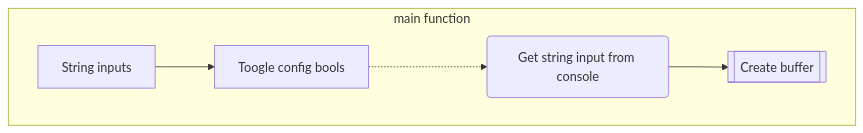
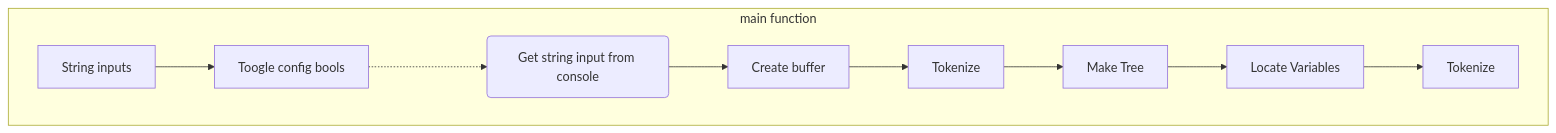
One commit to Jzhyang1/Monomer changed the sixth of 6 diagrams in Implementation.md. Above: the diagram before and after it, drawn with Mermaid. The commit also changed other lines of this file, not shown here.

Commit message:
Implementation.md updated from https://stackedit.io/

````diff
--- a/Implementation.md
+++ b/Implementation.md
@@ -229,9 +229,12 @@
 ```mermaid
 graph TD
 subgraph sg1["main function"]
 	A[String inputs] --> B[Toogle config bools]
 	B ..-> C(Get string input from console)
-	C --> D[[Create buffer]]
-	
+	C --> D[Create buffer]
+	D --> E[Tokenize]
+	E --> F[Make Tree]
+	F --> G[Locate Variables]
+	G --> H[Tokenize]
 end
 ```
````
